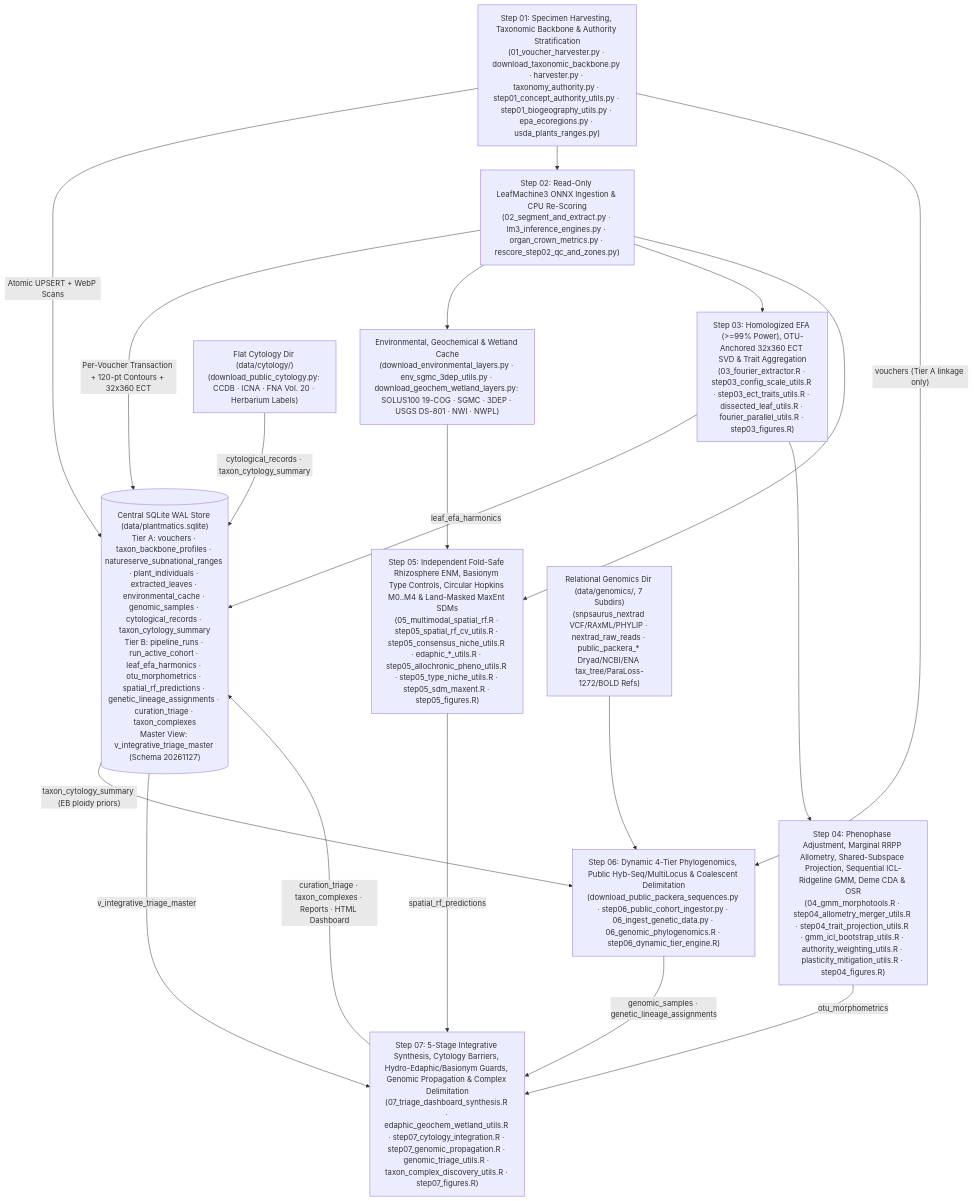
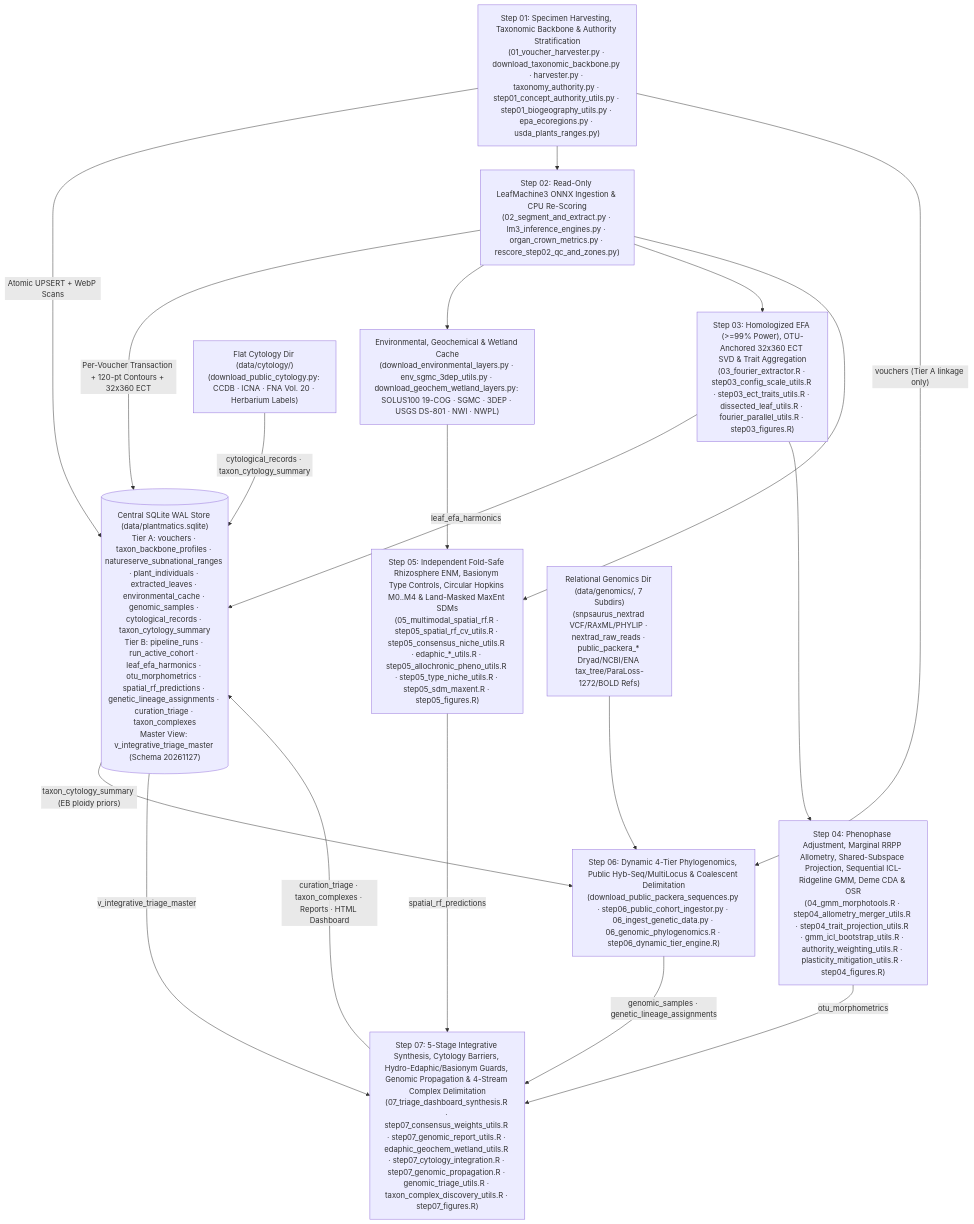
The diagram in README.md (Plantatsrophe/Plantmatics), drawn with Mermaid before and after one commit. The commit also changed other lines of this file and 47 other files, not shown here.

````diff
--- a/README.md
+++ b/README.md
@@ -31,23 +31,23 @@
 ```mermaid
 flowchart TD
     DB[("Central SQLite WAL Store (data/plantmatics.sqlite)\nTier A: vouchers · taxon_backbone_profiles · natureserve_subnational_ranges · plant_individuals · extracted_leaves · environmental_cache · genomic_samples · cytological_records · taxon_cytology_summary\nTier B: pipeline_runs · run_active_cohort · leaf_efa_harmonics · otu_morphometrics · spatial_rf_predictions · genetic_lineage_assignments · curation_triage · taxon_complexes\nMaster View: v_integrative_triage_master (Schema 20261127)")]
 
     S1["Step 01: Specimen Harvesting, Taxonomic Backbone & Authority Stratification\n(01_voucher_harvester.py · download_taxonomic_backbone.py · harvester.py · taxonomy_authority.py · step01_concept_authority_utils.py · step01_biogeography_utils.py · epa_ecoregions.py · usda_plants_ranges.py)"] -->|"Atomic UPSERT + WebP Scans"| DB
     S1 --> S2["Step 02: Read-Only LeafMachine3 ONNX Ingestion & CPU Re-Scoring\n(02_segment_and_extract.py · lm3_inference_engines.py · organ_crown_metrics.py · rescore_step02_qc_and_zones.py)"]
     S2 -->|"Per-Voucher Transaction + 120-pt Contours + 32x360 ECT"| DB
     S2 --> E0["Environmental, Geochemical & Wetland Cache\n(download_environmental_layers.py · env_sgmc_3dep_utils.py · download_geochem_wetland_layers.py: SOLUS100 19-COG · SGMC · 3DEP · USGS DS-801 · NWI · NWPL)"]
     S2 --> S3["Step 03: Homologized EFA (>=99% Power), OTU-Anchored 32x360 ECT SVD & Trait Aggregation\n(03_fourier_extractor.R · step03_config_scale_utils.R · step03_ect_traits_utils.R · dissected_leaf_utils.R · fourier_parallel_utils.R · step03_figures.R)"]
     S3 -->|"leaf_efa_harmonics"| DB
     S3 --> S4["Step 04: Phenophase Adjustment, Marginal RRPP Allometry, Shared-Subspace Projection, Sequential ICL-Ridgeline GMM, Deme CDA & OSR\n(04_gmm_morphotools.R · step04_allometry_merger_utils.R · step04_trait_projection_utils.R · gmm_icl_bootstrap_utils.R · authority_weighting_utils.R · plasticity_mitigation_utils.R · step04_figures.R)"]
     S4 -->|"otu_morphometrics"| S7
     S2 --> S5["Step 05: Independent Fold-Safe Rhizosphere ENM, Basionym Type Controls, Circular Hopkins M0..M4 & Land-Masked MaxEnt SDMs\n(05_multimodal_spatial_rf.R · step05_spatial_rf_cv_utils.R · step05_consensus_niche_utils.R · edaphic_*_utils.R · step05_allochronic_pheno_utils.R · step05_type_niche_utils.R · step05_sdm_maxent.R · step05_figures.R)"]
     E0 --> S5
     S5 -->|"spatial_rf_predictions"| S7
     G0["Relational Genomics Dir (data/genomics/, 7 Subdirs)\n(snpsaurus_nextrad VCF/RAxML/PHYLIP · nextrad_raw_reads · public_packera_* Dryad/NCBI/ENA tax_tree/ParaLoss-1272/BOLD Refs)"] --> S6["Step 06: Dynamic 4-Tier Phylogenomics, Public Hyb-Seq/MultiLocus & Coalescent Delimitation\n(download_public_packera_sequences.py · step06_public_cohort_ingestor.py · 06_ingest_genetic_data.py · 06_genomic_phylogenomics.R · step06_dynamic_tier_engine.R)"]
     S1 -->|"vouchers (Tier A linkage only)"| S6
     S6 -->|"genomic_samples · genetic_lineage_assignments"| S7
     C0["Flat Cytology Dir (data/cytology/)\n(download_public_cytology.py: CCDB · ICNA · FNA Vol. 20 · Herbarium Labels)"] -->|"cytological_records · taxon_cytology_summary"| DB
     DB -->|"taxon_cytology_summary (EB ploidy priors)"| S6
-    DB -->|"v_integrative_triage_master"| S7["Step 07: 5-Stage Integrative Synthesis, Cytology Barriers, Hydro-Edaphic/Basionym Guards, Genomic Propagation & Complex Delimitation\n(07_triage_dashboard_synthesis.R · edaphic_geochem_wetland_utils.R · step07_cytology_integration.R · step07_genomic_propagation.R · genomic_triage_utils.R · taxon_complex_discovery_utils.R · step07_figures.R)"]
+    DB -->|"v_integrative_triage_master"| S7["Step 07: 5-Stage Integrative Synthesis, Cytology Barriers, Hydro-Edaphic/Basionym Guards, Genomic Propagation & 4-Stream Complex Delimitation\n(07_triage_dashboard_synthesis.R · step07_consensus_weights_utils.R · step07_genomic_report_utils.R · edaphic_geochem_wetland_utils.R · step07_cytology_integration.R · step07_genomic_propagation.R · genomic_triage_utils.R · taxon_complex_discovery_utils.R · step07_figures.R)"]
     S7 -->|"curation_triage · taxon_complexes · Reports · HTML Dashboard"| DB
 ```
````
